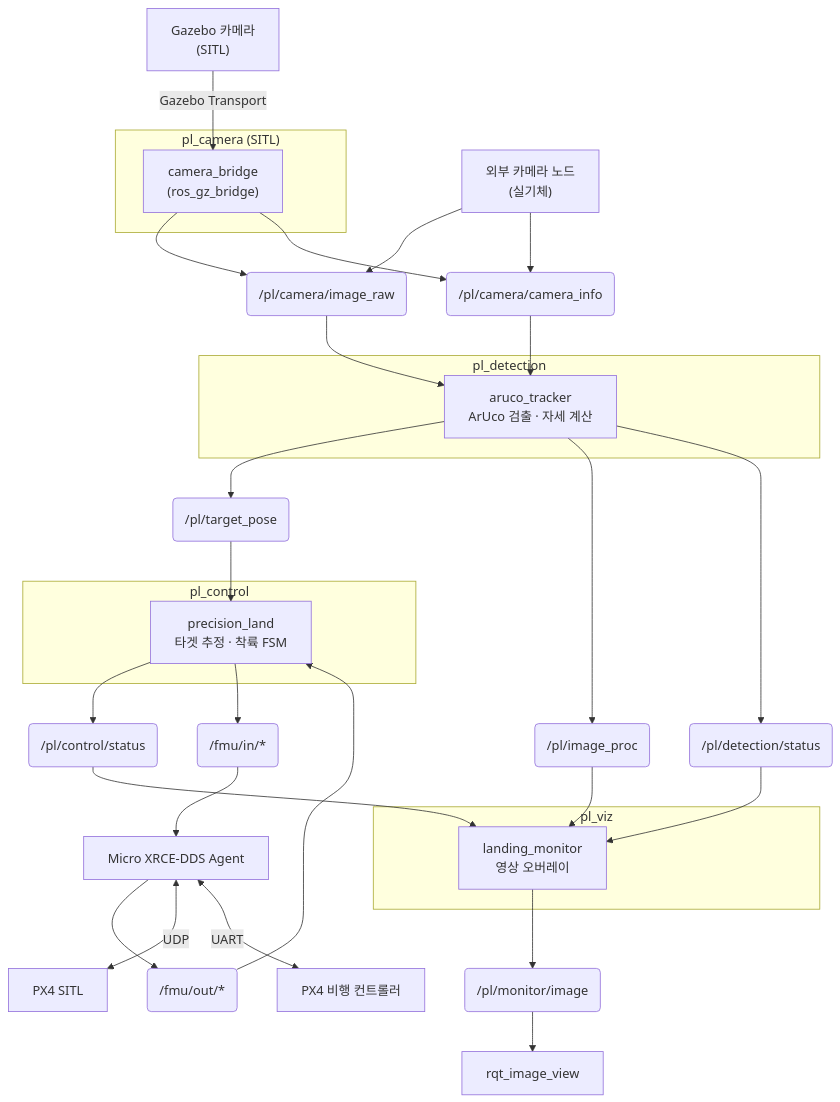
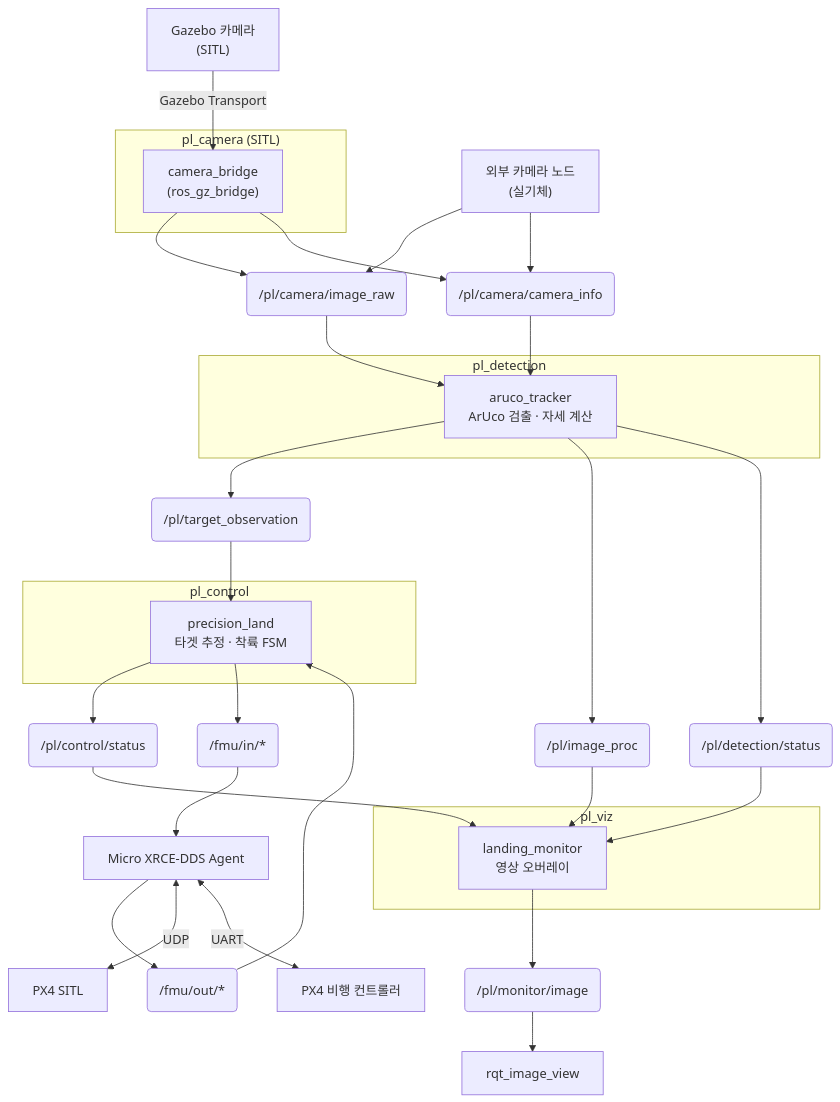
The first of 3 diagrams in README.md (IN-AIR-KR/precision-landing), drawn with Mermaid before and after one commit. The commit also changed other lines of this file and 23 other files, not shown here.

Commit message:
feat(detection): publish frame observations with validity and target pose

````diff
--- a/README.md
+++ b/README.md
@@ -20,54 +20,54 @@
 ```mermaid
 graph TD
     GAZEBO["Gazebo 카메라<br/>(SITL)"]
     EXTERNAL["외부 카메라 노드<br/>(실기체)"]
 
     subgraph pl_camera ["pl_camera (SITL)"]
         CAMERA_BRIDGE["camera_bridge<br/>(ros_gz_bridge)"]
     end
 
     IMAGE("/pl/camera/image_raw")
     INFO("/pl/camera/camera_info")
 
     subgraph pl_detection ["pl_detection"]
         DETECTOR["aruco_tracker<br/>ArUco 검출 · 자세 계산"]
     end
 
-    POSE("/pl/target_pose")
+    POSE("/pl/target_observation")
     DEBUG("/pl/image_proc")
     DETECTION_STATUS("/pl/detection/status")
 
     subgraph pl_control ["pl_control"]
         CONTROL["precision_land<br/>타겟 추정 · 착륙 FSM"]
     end
 
     COMMAND("/fmu/in/*")
     FLIGHT_STATE("/fmu/out/*")
     CONTROL_STATUS("/pl/control/status")
 
     subgraph pl_viz ["pl_viz"]
         MONITOR["landing_monitor<br/>영상 오버레이"]
     end
 
     HUD("/pl/monitor/image")
     VIEWER["rqt_image_view"]
     AGENT["Micro XRCE-DDS Agent"]
     PX4_SITL["PX4 SITL"]
     PX4_HW["PX4 비행 컨트롤러"]
 
     GAZEBO -->|Gazebo Transport| CAMERA_BRIDGE
     CAMERA_BRIDGE --> IMAGE & INFO
     EXTERNAL --> IMAGE & INFO
     IMAGE & INFO --> DETECTOR
 
     DETECTOR --> POSE --> CONTROL
     DETECTOR --> DEBUG & DETECTION_STATUS
     CONTROL --> CONTROL_STATUS
     DEBUG & DETECTION_STATUS & CONTROL_STATUS --> MONITOR
     MONITOR --> HUD --> VIEWER
 
     CONTROL --> COMMAND --> AGENT
     AGENT --> FLIGHT_STATE --> CONTROL
     AGENT <-->|UDP| PX4_SITL
     AGENT <-->|UART| PX4_HW
 ```
````
